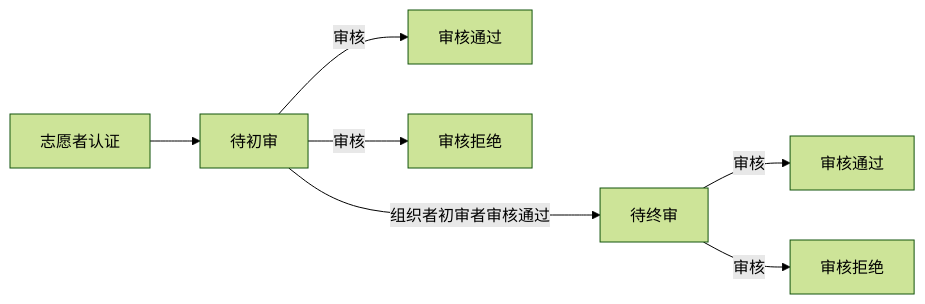
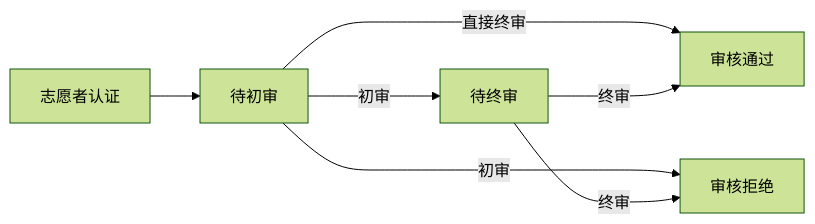
Before and after one commit to SaintKayLuk/ZA-user-manual: the third of 10 diagrams in 刑侦反骗码用户后台/刑侦反骗码用户后台-用户手册.md, drawn with Mermaid (forest theme). The commit also changed other lines of this file and 12 other files, not shown here.

````diff
--- a/刑侦反骗码用户后台/刑侦反骗码用户后台-用户手册.md
+++ b/刑侦反骗码用户后台/刑侦反骗码用户后台-用户手册.md
@@ -408,7 +412,8 @@
 ```mermaid
 graph LR
-  1[志愿者认证] --> 2[待初审] --审核--> 3[审核通过]
-  2[待初审] --审核--> 4[审核拒绝]
-  2[待初审] --组织者初审者审核通过---> 5[待终审] --审核--> 6[审核通过]
-  5[待终审] --审核--> 7[审核拒绝]
+  1[志愿者认证] --> 2[待初审] --初审---> 3[待终审]
+  2[待初审] --初审---> 4[审核拒绝]
+  2[待初审] --直接终审---> 5[审核通过]
+  3[待终审] --终审---> 5[审核通过]
+  3[待终审] --终审---> 4[审核拒绝]
 ```
````
